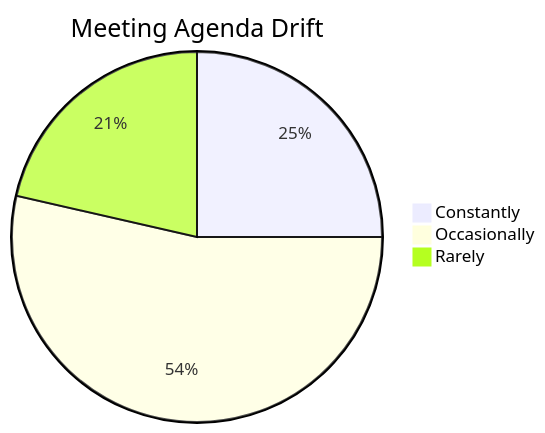
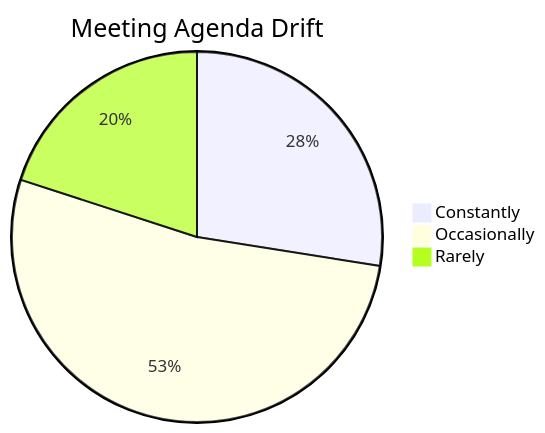
Before and after one commit to TheAyoosh/MeetScribe-AI: the first of 6 diagrams in documents/customer-interview-record.md, drawn with Mermaid. The commit also changed other lines of this file and 3 other files, not shown here.

````diff
--- a/documents/customer-interview-record.md
+++ b/documents/customer-interview-record.md
@@ -13,6 +13,6 @@
 ```mermaid
 pie title Meeting Agenda Drift
-    "Constantly" : 7
-    "Occasionally" : 15
-    "Rarely" : 6
+    "Constantly" : 11
+    "Occasionally" : 21
+    "Rarely" : 8
 ```
````
